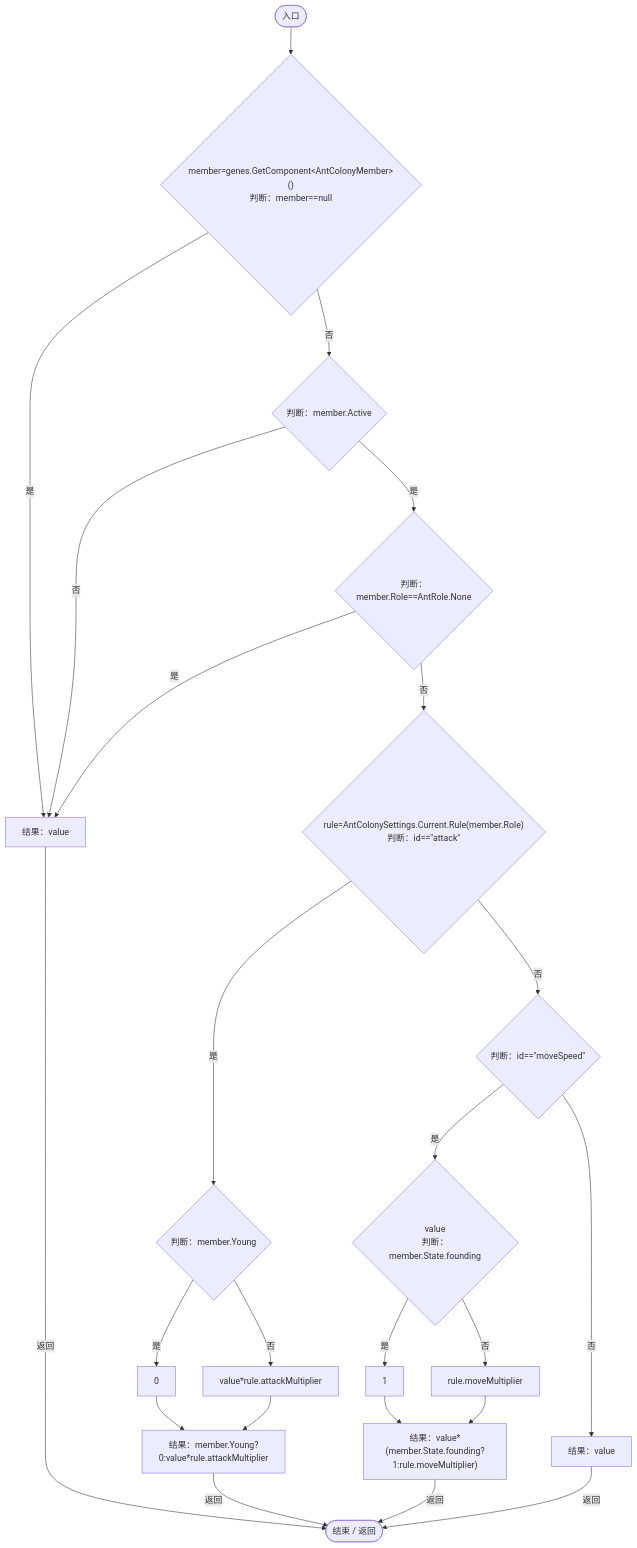
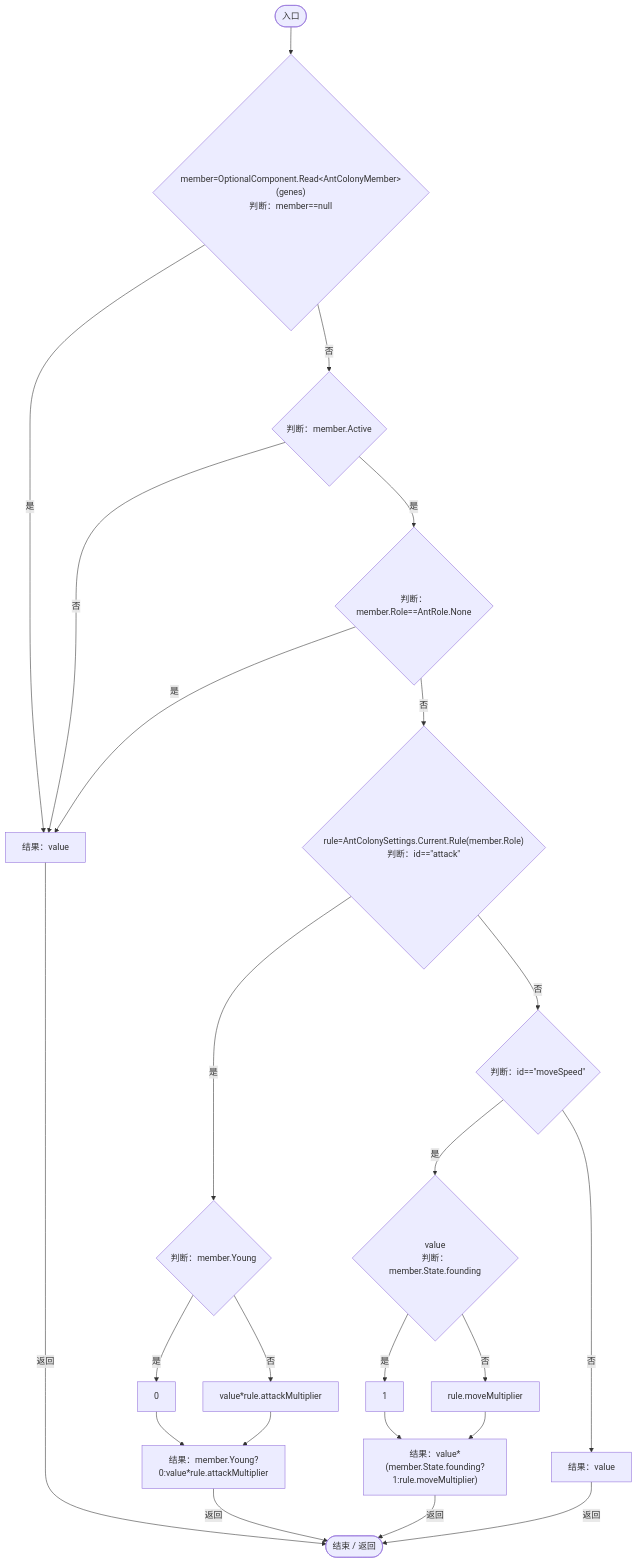
One commit to xhs6666/Darwin_paradise changed diagram 50 of 53 in Docs/运行流程图/脚本/baebd85c05598377.md. Above: the diagram before and after it, drawn with Mermaid. The commit also changed other lines of this file and 212 other files, not shown here.

````diff
--- a/Docs/运行流程图/脚本/baebd85c05598377.md
+++ b/Docs/运行流程图/脚本/baebd85c05598377.md
@@ -1596,44 +1603,44 @@
 ```mermaid
 flowchart TD
   b0(["入口"])
-  b1{"member=genes.GetComponent&lt;AntColonyMember&gt;()<br/>判断：member==null"}
+  b1{"member=OptionalComponent.Read&lt;AntColonyMember&gt;(genes)<br/>判断：member==null"}
   b2{"判断：member.Active"}
   b3{"判断：member.Role==AntRole.None"}
   b4["结果：value"]
   b5{"rule=AntColonySettings.Current.Rule(member.Role)<br/>判断：id==&quot;attack&quot;"}
   b6{"判断：member.Young"}
   b7["0"]
   b8["value*rule.attackMultiplier"]
   b9["结果：member.Young?0:value*rule.attackMultiplier"]
   b10{"判断：id==&quot;moveSpeed&quot;"}
   b11{"value<br/>判断：member.State.founding"}
   b12["1"]
   b13["rule.moveMultiplier"]
   b14["结果：value*(member.State.founding?1:rule.moveMultiplier)"]
   b15["结果：value"]
   b16(["结束 / 返回"])
   b0 --> b1
   b1 -->|"否"| b2
   b1 -->|"是"| b4
   b2 -->|"是"| b3
   b2 -->|"否"| b4
   b3 -->|"是"| b4
   b3 -->|"否"| b5
   b4 -->|"返回"| b16
   b5 -->|"是"| b6
   b5 -->|"否"| b10
   b6 -->|"是"| b7
   b6 -->|"否"| b8
   b7 --> b9
   b8 --> b9
   b9 -->|"返回"| b16
   b10 -->|"是"| b11
   b10 -->|"否"| b15
   b11 -->|"是"| b12
   b11 -->|"否"| b13
   b12 --> b14
   b13 --> b14
   b14 -->|"返回"| b16
   b15 -->|"返回"| b16
 
 ```
````
